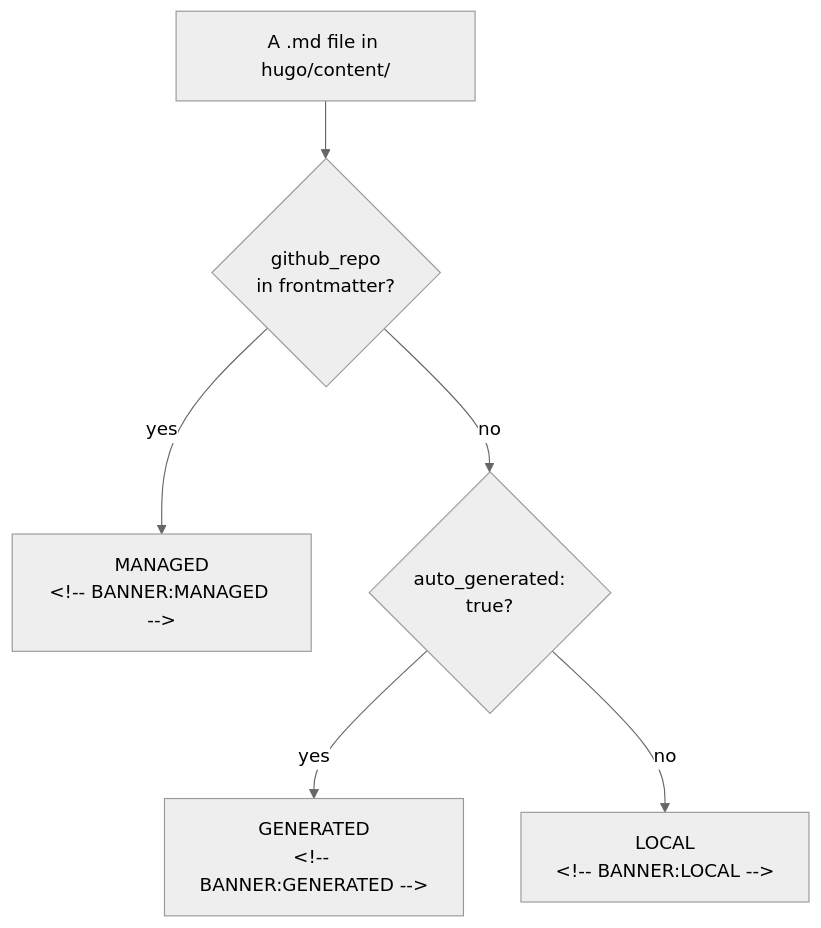
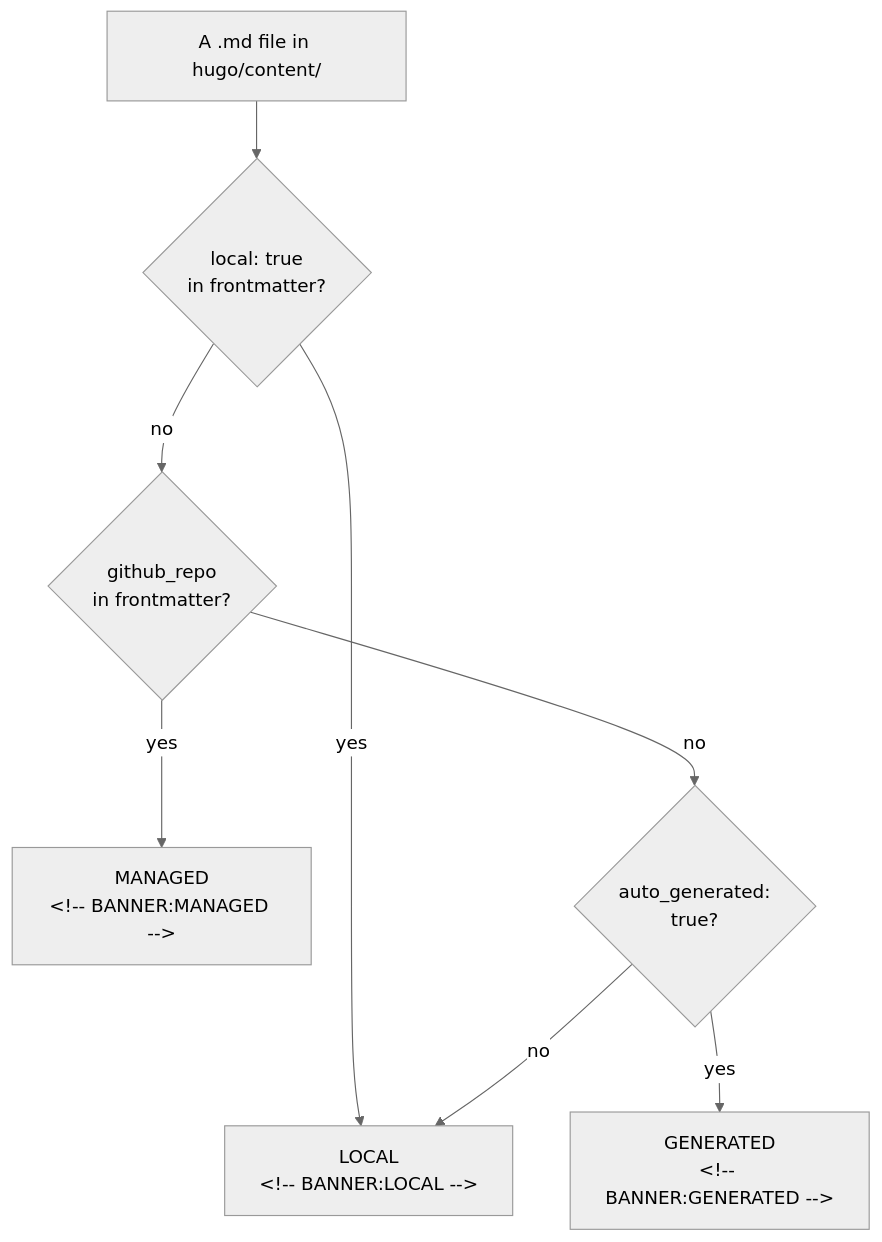
The second of 4 diagrams in CONTENT_AGGREGATION.md (gardener/documentation), drawn with Mermaid (neutral theme) before and after one commit. The commit also changed other lines of this file, not shown here.

Commit message:
docs: document local:true frontmatter override

````diff
--- a/CONTENT_AGGREGATION.md
+++ b/CONTENT_AGGREGATION.md
@@ -62,8 +61,10 @@
 ```mermaid
 graph TD
-    F["A .md file in hugo/content/"] --> Q1{"github_repo<br/>in frontmatter?"}
+    F["A .md file in hugo/content/"] --> Q0{"local: true<br/>in frontmatter?"}
+    Q0 -->|yes| LO["LOCAL<br/>&lt;!-- BANNER:LOCAL --&gt;"]
+    Q0 -->|no| Q1{"github_repo<br/>in frontmatter?"}
     Q1 -->|yes| MG["MANAGED<br/>&lt;!-- BANNER:MANAGED --&gt;"]
     Q1 -->|no| Q2{"auto_generated:<br/>true?"}
     Q2 -->|yes| GN["GENERATED<br/>&lt;!-- BANNER:GENERATED --&gt;"]
-    Q2 -->|no| LO["LOCAL<br/>&lt;!-- BANNER:LOCAL --&gt;"]
+    Q2 -->|no| LO
 ```
````
